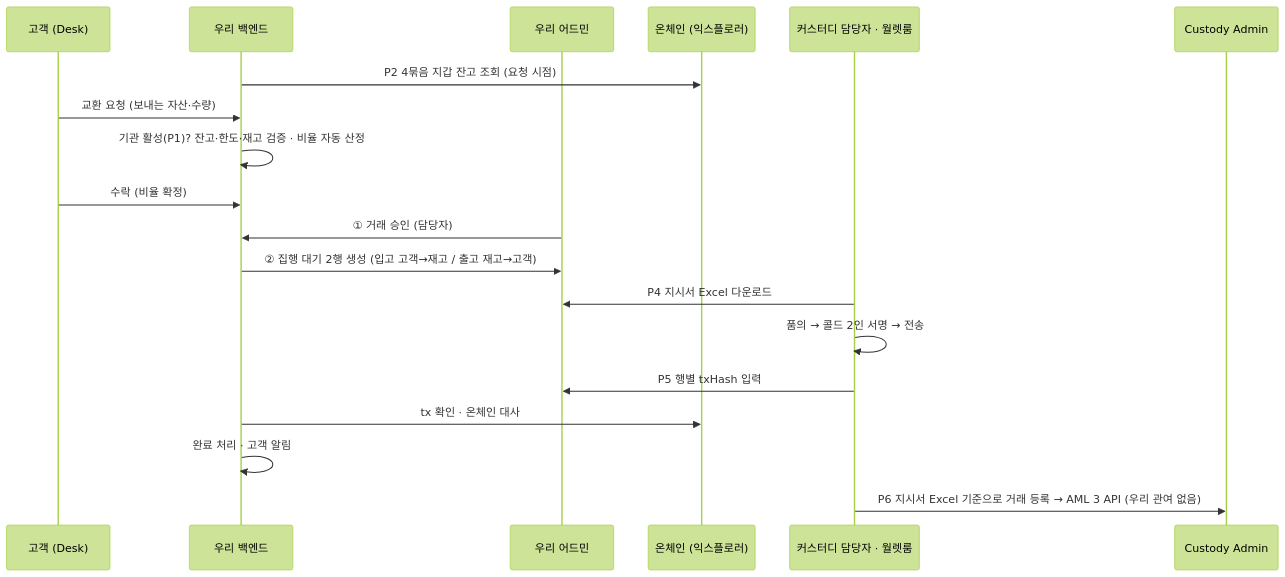
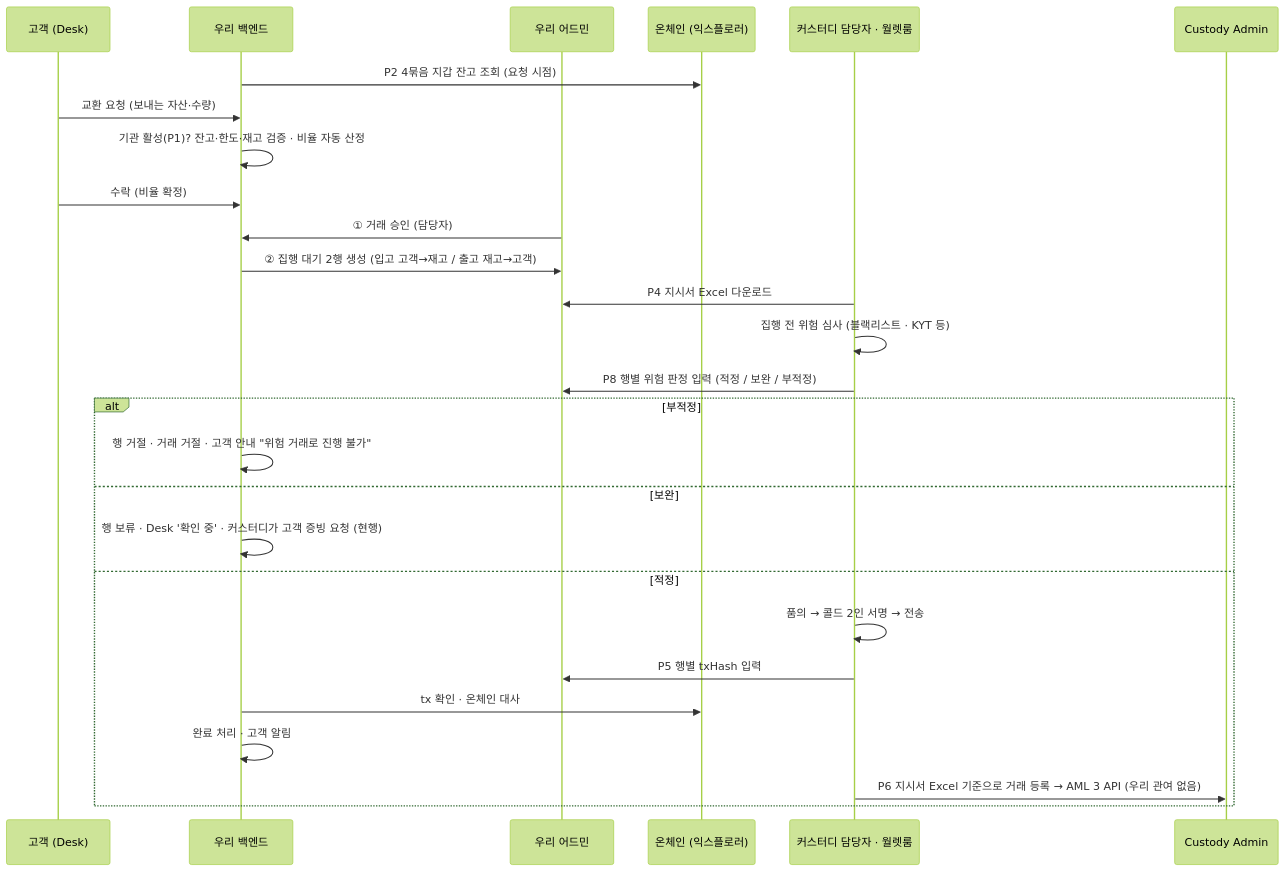
Before and after one commit to dsrvlabs/dsrv-desk: the third of 7 diagrams in drafts/36_플랫폼_커스터디_연동_범위_설명자료.md, drawn with Mermaid (forest theme). The commit also changed other lines of this file and 1 other file, not shown here.

Commit message:
drafts/36 v3: P8 거래 위험 판정(집행 전 블랙리스트·KYT 심사 결과 → 어드민 행별 적정/보완/부적정 입력) 추가, 행 상태 전이·반환 행·고객 안내·D4·Q10 · drafts/35 v3 메모

````diff
--- a/drafts/36_플랫폼_커스터디_연동_범위_설명자료.md
+++ b/drafts/36_플랫폼_커스터디_연동_범위_설명자료.md
@@ -114,21 +119,29 @@
 ```mermaid
 sequenceDiagram
   participant C as 고객 (Desk)
   participant S as 우리 백엔드
   participant A as 우리 어드민
   participant X as 온체인 (익스플로러)
   participant K as 커스터디 담당자 · 월렛룸
   participant KA as Custody Admin
   S->>X: P2 4묶음 지갑 잔고 조회 (요청 시점)
   C->>S: 교환 요청 (보내는 자산·수량)
   S->>S: 기관 활성(P1)? 잔고·한도·재고 검증 · 비율 자동 산정
   C->>S: 수락 (비율 확정)
   A->>S: ① 거래 승인 (담당자)
   S->>A: ② 집행 대기 2행 생성 (입고 고객→재고 / 출고 재고→고객)
   K->>A: P4 지시서 Excel 다운로드
-  K->>K: 품의 → 콜드 2인 서명 → 전송
-  K->>A: P5 행별 txHash 입력
-  S->>X: tx 확인 · 온체인 대사
-  S->>S: 완료 처리 · 고객 알림
-  K->>KA: P6 지시서 Excel 기준으로 거래 등록 → AML 3 API (우리 관여 없음)
+  K->>K: 집행 전 위험 심사 (블랙리스트 · KYT 등)
+  K->>A: P8 행별 위험 판정 입력 (적정 / 보완 / 부적정)
+  alt 부적정
+    S->>S: 행 거절 · 거래 거절 · 고객 안내 "위험 거래로 진행 불가"
+  else 보완
+    S->>S: 행 보류 · Desk '확인 중' · 커스터디가 고객 증빙 요청 (현행)
+  else 적정
+    K->>K: 품의 → 콜드 2인 서명 → 전송
+    K->>A: P5 행별 txHash 입력
+    S->>X: tx 확인 · 온체인 대사
+    S->>S: 완료 처리 · 고객 알림
+    K->>KA: P6 지시서 Excel 기준으로 거래 등록 → AML 3 API (우리 관여 없음)
+  end
 ```
````
